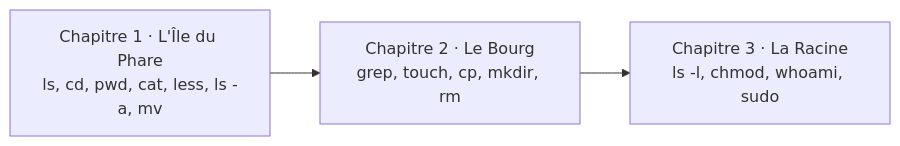
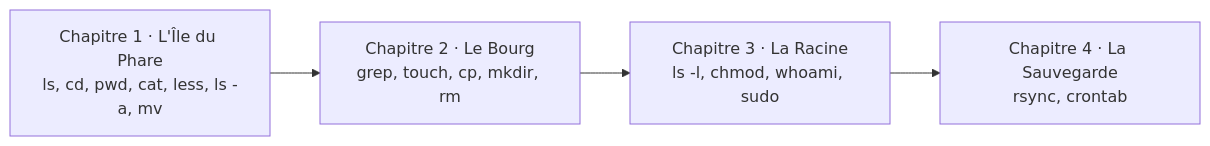
Before and after one commit to Rouages-du-net/quetes-de-sysadmin: the diagram in docs/SCENARIOS.md, drawn with Mermaid. The commit also changed other lines of this file and 20 other files, not shown here.

````diff
--- a/docs/SCENARIOS.md
+++ b/docs/SCENARIOS.md
@@ -129,5 +131,6 @@
 ```mermaid
 flowchart LR
   C1["Chapitre 1 · L'Île du Phare<br/>ls, cd, pwd, cat, less, ls -a, mv"] --> C2["Chapitre 2 · Le Bourg<br/>grep, touch, cp, mkdir, rm"]
   C2 --> C3["Chapitre 3 · La Racine<br/>ls -l, chmod, whoami, sudo"]
+  C3 --> C4["Chapitre 4 · La Sauvegarde<br/>rsync, crontab"]
 ```
````
